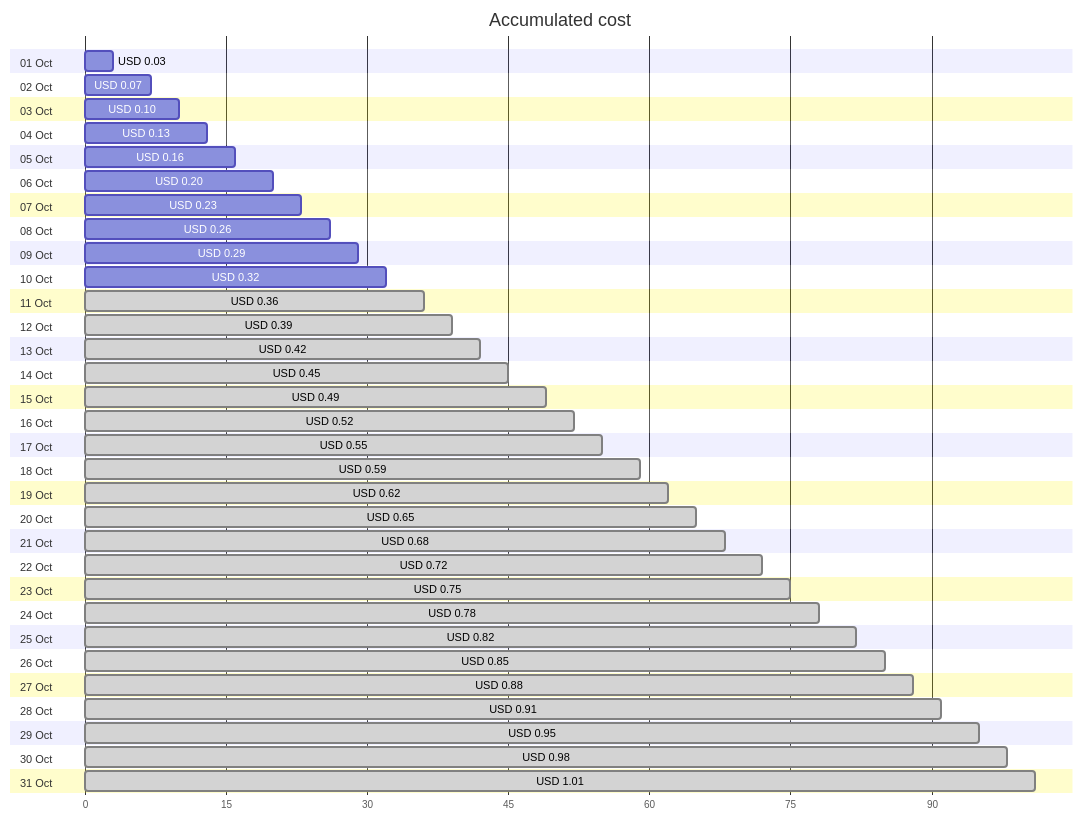
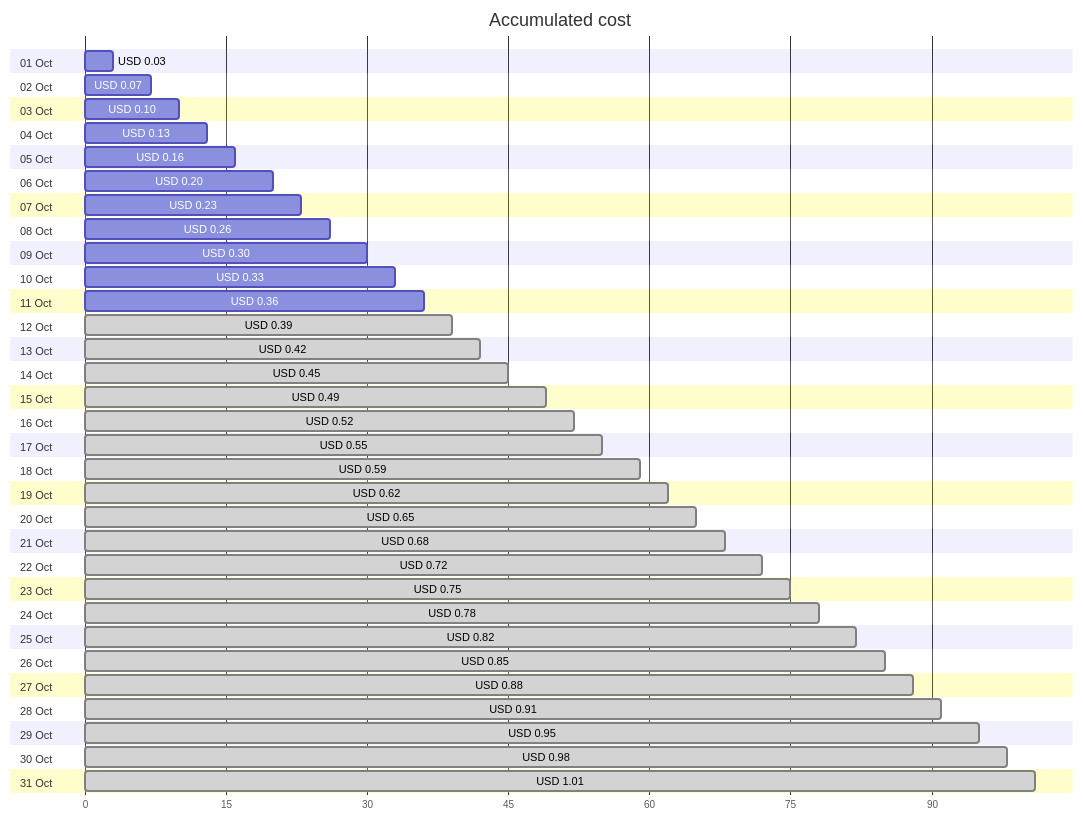
The first of 4 diagrams in cost-reports/personal-dns/README.md (jpfulton/azure-personal-reports), drawn with Mermaid before and after one commit. The commit also changed other lines of this file and 2 other files, not shown here.

````diff
--- a/cost-reports/personal-dns/README.md
+++ b/cost-reports/personal-dns/README.md
@@ -20,68 +20,68 @@
 ```mermaid
 gantt
    title Accumulated cost
    dateFormat  X
    axisFormat %s
    section 01 Oct
    USD 0.03 :0, 3
    section 02 Oct
    USD 0.07 :0, 7
    section 03 Oct
    USD 0.10 :0, 10
    section 04 Oct
    USD 0.13 :0, 13
    section 05 Oct
    USD 0.16 :0, 16
    section 06 Oct
    USD 0.20 :0, 20
    section 07 Oct
    USD 0.23 :0, 23
    section 08 Oct
    USD 0.26 :0, 26
    section 09 Oct
-   USD 0.29 :0, 29
+   USD 0.30 :0, 30
    section 10 Oct
-   USD 0.32 :0, 32
+   USD 0.33 :0, 33
    section 11 Oct
-   USD 0.36 : done, 0, 36
+   USD 0.36 :0, 36
    section 12 Oct
    USD 0.39 : done, 0, 39
    section 13 Oct
    USD 0.42 : done, 0, 42
    section 14 Oct
    USD 0.45 : done, 0, 45
    section 15 Oct
    USD 0.49 : done, 0, 49
    section 16 Oct
    USD 0.52 : done, 0, 52
    section 17 Oct
    USD 0.55 : done, 0, 55
    section 18 Oct
    USD 0.59 : done, 0, 59
    section 19 Oct
    USD 0.62 : done, 0, 62
    section 20 Oct
    USD 0.65 : done, 0, 65
    section 21 Oct
    USD 0.68 : done, 0, 68
    section 22 Oct
    USD 0.72 : done, 0, 72
    section 23 Oct
    USD 0.75 : done, 0, 75
    section 24 Oct
    USD 0.78 : done, 0, 78
    section 25 Oct
    USD 0.82 : done, 0, 82
    section 26 Oct
    USD 0.85 : done, 0, 85
    section 27 Oct
    USD 0.88 : done, 0, 88
    section 28 Oct
    USD 0.91 : done, 0, 91
    section 29 Oct
    USD 0.95 : done, 0, 95
    section 30 Oct
    USD 0.98 : done, 0, 98
    section 31 Oct
    USD 1.01 : done, 0, 101
 ```
````
